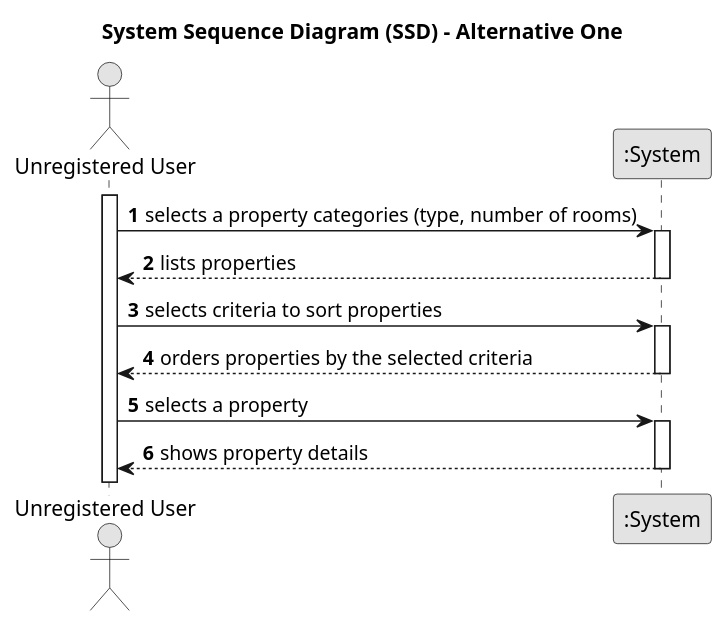
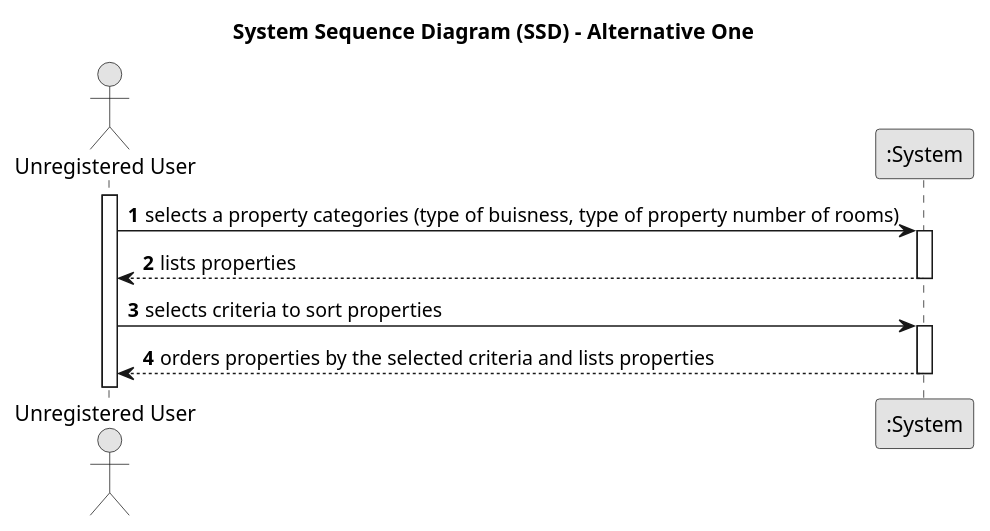
Before and after one commit to Goncalves2525/real-estate-management-system: the diagram in docs/sprintA/us001/01.requirements-engineering/puml/us001-system-sequence-diagram-alternative-one.puml, drawn with PlantUML. The commit also changed 3 other files, not shown here.

```diff
--- a/docs/sprintA/us001/01.requirements-engineering/puml/us001-system-sequence-diagram-alternative-one.puml
+++ b/docs/sprintA/us001/01.requirements-engineering/puml/us001-system-sequence-diagram-alternative-one.puml
@@ -1,35 +1,30 @@
 @startuml
 skinparam monochrome true
 skinparam packageStyle rectangle
 skinparam shadowing false
 
 title System Sequence Diagram (SSD) - Alternative One
 
 autonumber
 
 actor "Unregistered User" as User
 participant ":System" as System
 
 activate User
 
-    User -> System : selects a property categories (type, number of rooms)
+    User -> System : selects a property categories (type of buisness, type of property number of rooms)
     activate System
 
         System --> User : lists properties
     deactivate System
 
     User -> System : selects criteria to sort properties
     activate System
 
-        System --> User : orders properties by the selected criteria
-    deactivate System
-
-    User -> System : selects a property
-    activate System
-
-        System --> User : shows property details
+        System --> User : orders properties by the selected criteria and lists properties
     deactivate System
 
 
 
+
 @enduml
```
